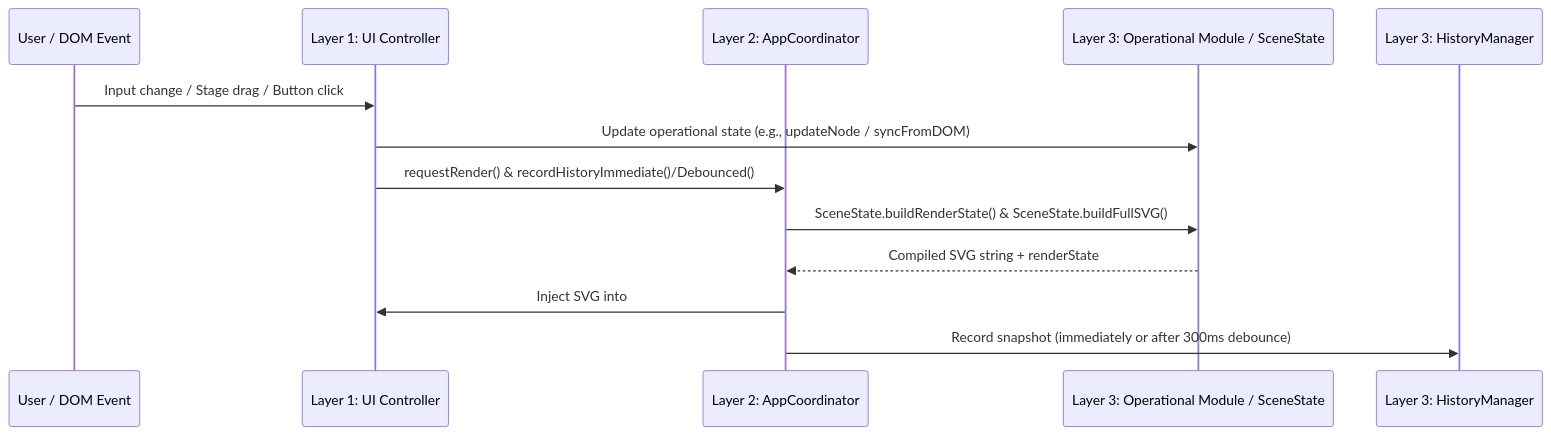
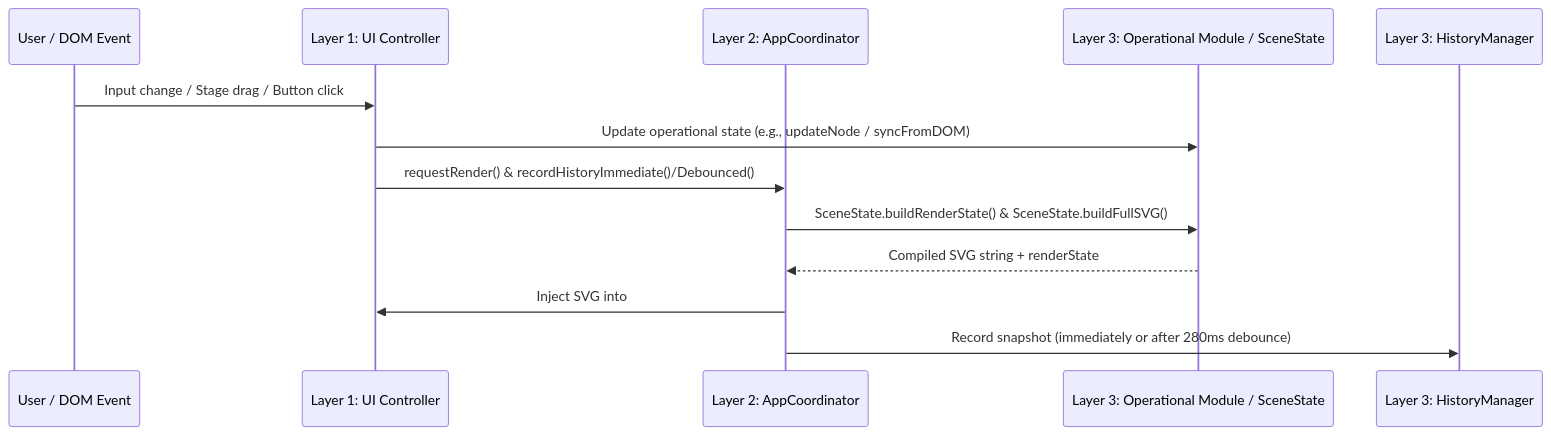
The diagram in docs/architecture/data-flow.md (elric-seaoffate/svg-animator), drawn with Mermaid before and after one commit. The commit also changed other lines of this file and 8 other files, not shown here.

Commit message:
fix(phase1): correct preset state sync and update architecture documentation

````diff
--- a/docs/architecture/data-flow.md
+++ b/docs/architecture/data-flow.md
@@ -7,16 +7,16 @@
 ```mermaid
 sequenceDiagram
     participant User as User / DOM Event
     participant UI as Layer 1: UI Controller
     participant Coord as Layer 2: AppCoordinator
     participant Ops as Layer 3: Operational Module / SceneState
     participant Hist as Layer 3: HistoryManager
 
     User->>UI: Input change / Stage drag / Button click
     UI->>Ops: Update operational state (e.g., updateNode / syncFromDOM)
     UI->>Coord: requestRender() & recordHistoryImmediate()/Debounced()
     Coord->>Ops: SceneState.buildRenderState() & SceneState.buildFullSVG()
     Ops-->>Coord: Compiled SVG string + renderState
     Coord->>UI: Inject SVG into #canvasPreview & update stage overlays
-    Coord->>Hist: Record snapshot (immediately or after 300ms debounce)
+    Coord->>Hist: Record snapshot (immediately or after 280ms debounce)
 ```
````
